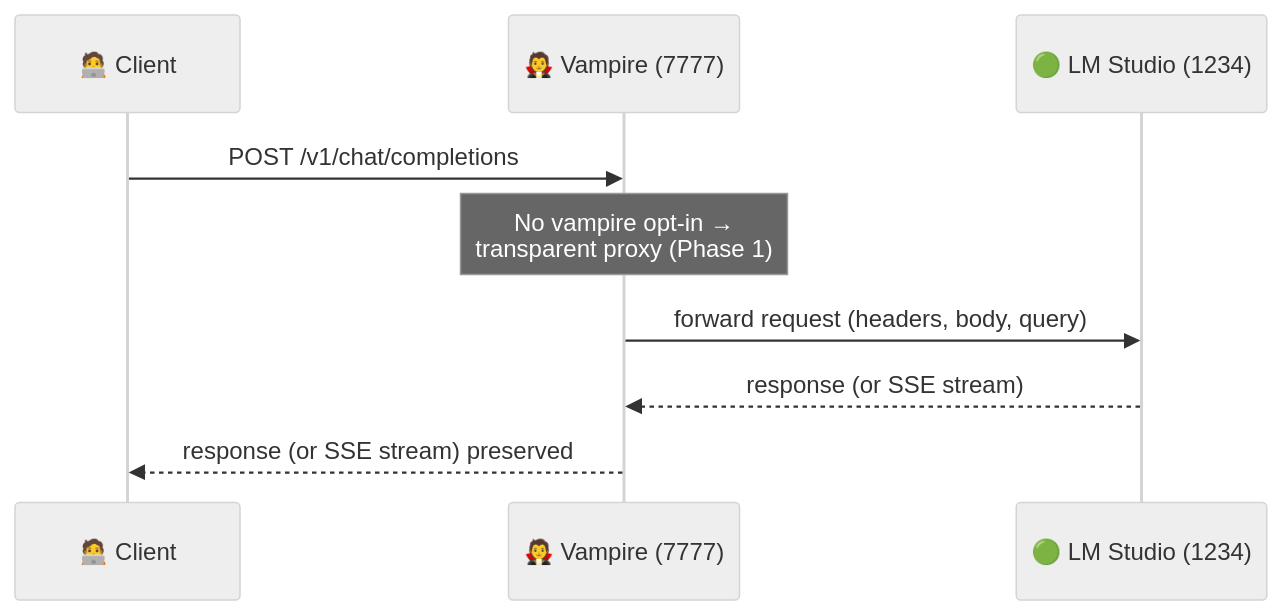
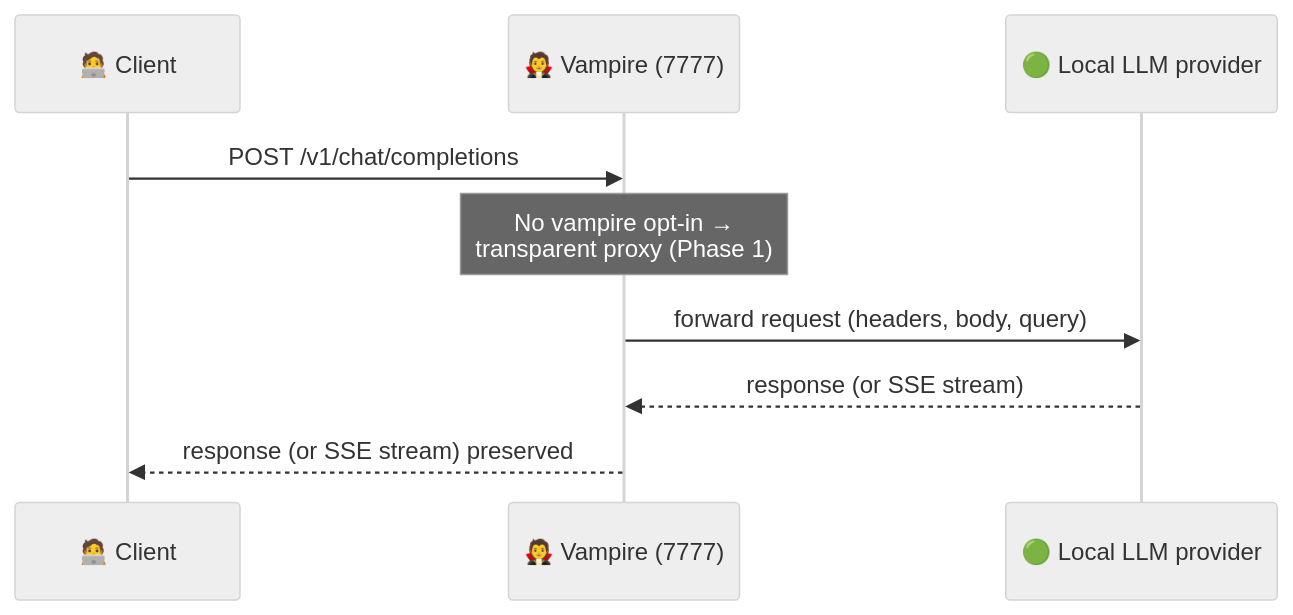
One commit to japer-technology/llm-vampire changed the second of 2 diagrams in docs/manual/03-quickstart.md. Above: the diagram before and after it, drawn with Mermaid (neutral theme). The commit also changed other lines of this file and 68 other files, not shown here.

````diff
--- a/docs/manual/03-quickstart.md
+++ b/docs/manual/03-quickstart.md
@@ -107,12 +108,12 @@
 ```mermaid
 sequenceDiagram
     participant C as 🧑‍💻 Client
     participant V as 🧛 Vampire (7777)
-    participant L as 🟢 LM Studio (1234)
+    participant L as 🟢 Local LLM provider
 
     C->>V: POST /v1/chat/completions
     Note over V: No vampire opt-in →<br/>transparent proxy (Phase 1)
     V->>L: forward request (headers, body, query)
     L-->>V: response (or SSE stream)
     V-->>C: response (or SSE stream) preserved
 ```
````
